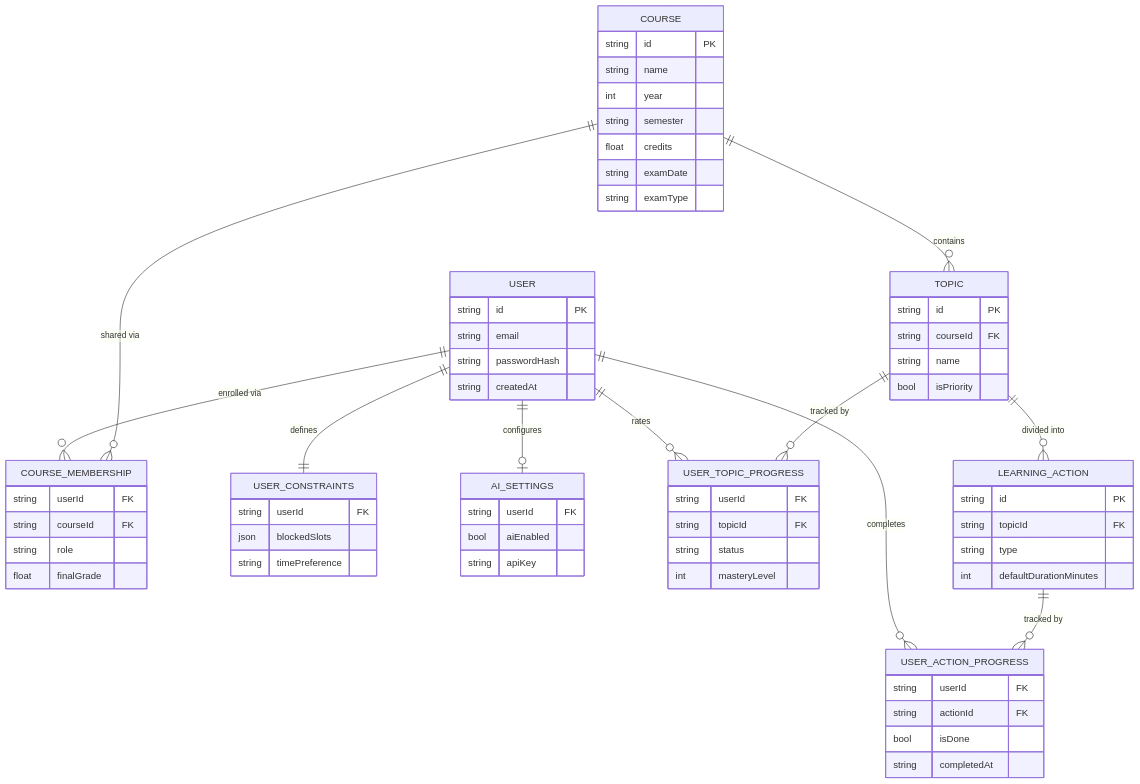
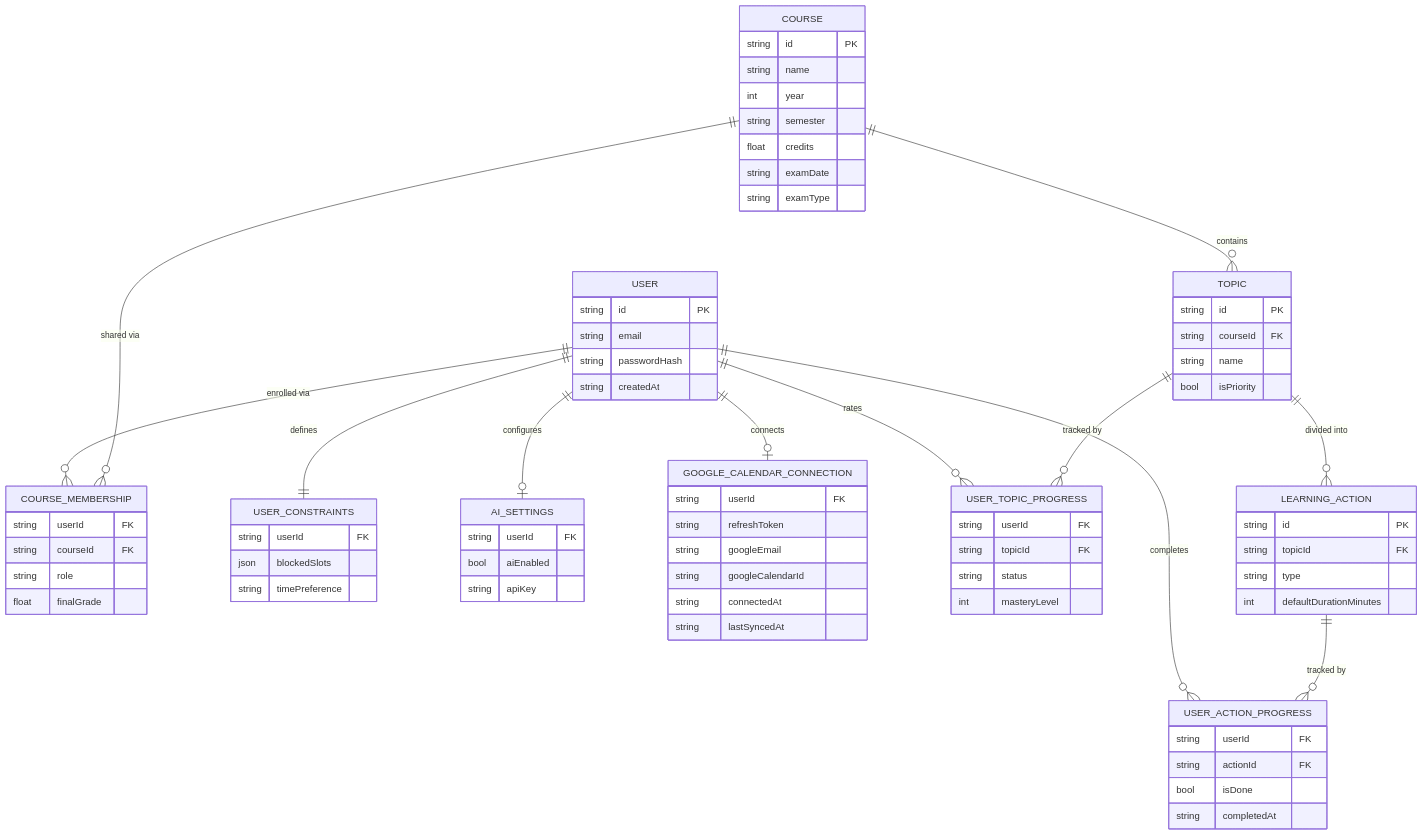
The diagram in docs/erd.md (barbh1913/LearnSprint-), drawn with Mermaid before and after one commit. The commit also changed other lines of this file and 4 other files, not shown here.

First line of the commit message:
Spec: Calendar replaces Gantt (FR6.1), optional Google Calendar sync (FR6.2)

````diff
--- a/docs/erd.md
+++ b/docs/erd.md
@@ -9,70 +9,79 @@
 ```mermaid
 erDiagram
     USER ||--o{ COURSE_MEMBERSHIP : "enrolled via"
     USER ||--|| USER_CONSTRAINTS : "defines"
     USER ||--o| AI_SETTINGS : "configures"
+    USER ||--o| GOOGLE_CALENDAR_CONNECTION : "connects"
     USER ||--o{ USER_TOPIC_PROGRESS : "rates"
     USER ||--o{ USER_ACTION_PROGRESS : "completes"
 
     COURSE ||--o{ COURSE_MEMBERSHIP : "shared via"
     COURSE ||--o{ TOPIC : "contains"
     TOPIC ||--o{ LEARNING_ACTION : "divided into"
     TOPIC ||--o{ USER_TOPIC_PROGRESS : "tracked by"
     LEARNING_ACTION ||--o{ USER_ACTION_PROGRESS : "tracked by"
 
     USER {
         string id PK
         string email
         string passwordHash
         string createdAt
     }
     COURSE {
         string id PK
         string name
         int year
         string semester
         float credits
         string examDate
         string examType
     }
     COURSE_MEMBERSHIP {
         string userId FK
         string courseId FK
         string role
         float finalGrade
     }
     TOPIC {
         string id PK
         string courseId FK
         string name
         bool isPriority
     }
     LEARNING_ACTION {
         string id PK
         string topicId FK
         string type
         int defaultDurationMinutes
     }
     USER_TOPIC_PROGRESS {
         string userId FK
         string topicId FK
         string status
         int masteryLevel
     }
     USER_ACTION_PROGRESS {
         string userId FK
         string actionId FK
         bool isDone
         string completedAt
     }
     USER_CONSTRAINTS {
         string userId FK
         json blockedSlots
         string timePreference
     }
     AI_SETTINGS {
         string userId FK
         bool aiEnabled
         string apiKey
     }
+    GOOGLE_CALENDAR_CONNECTION {
+        string userId FK
+        string refreshToken
+        string googleEmail
+        string googleCalendarId
+        string connectedAt
+        string lastSyncedAt
+    }
 ```
````
